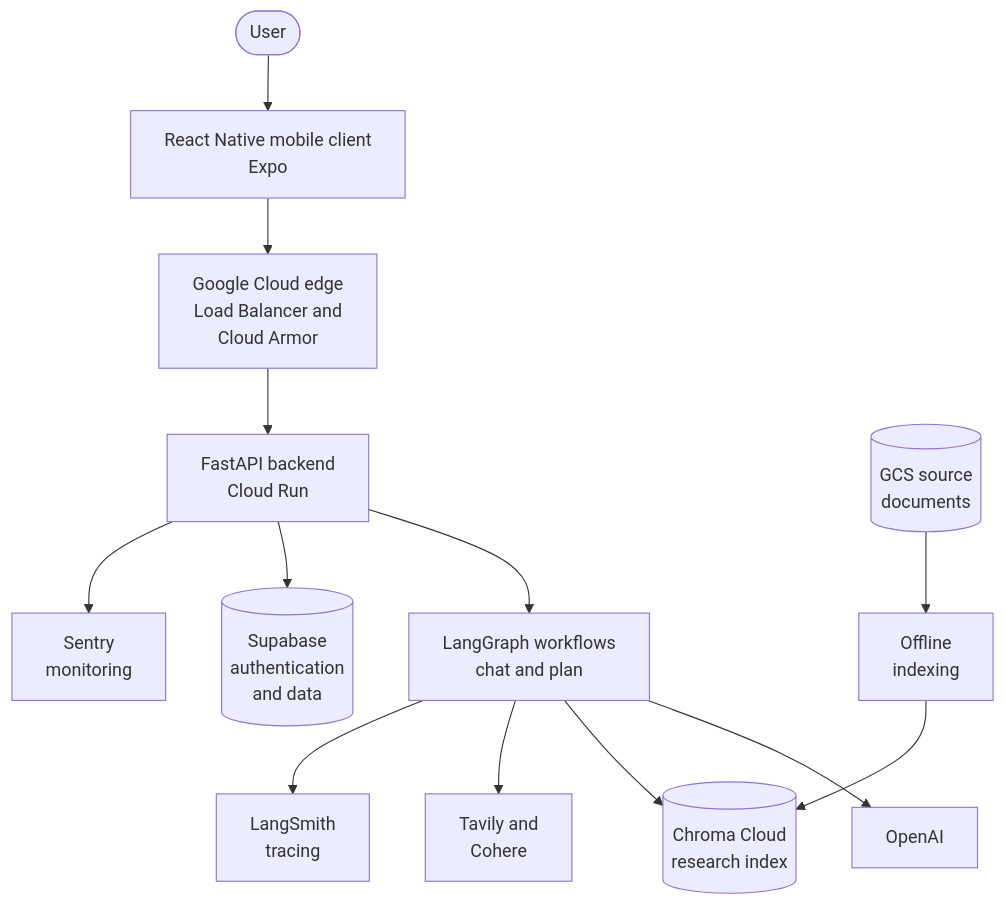
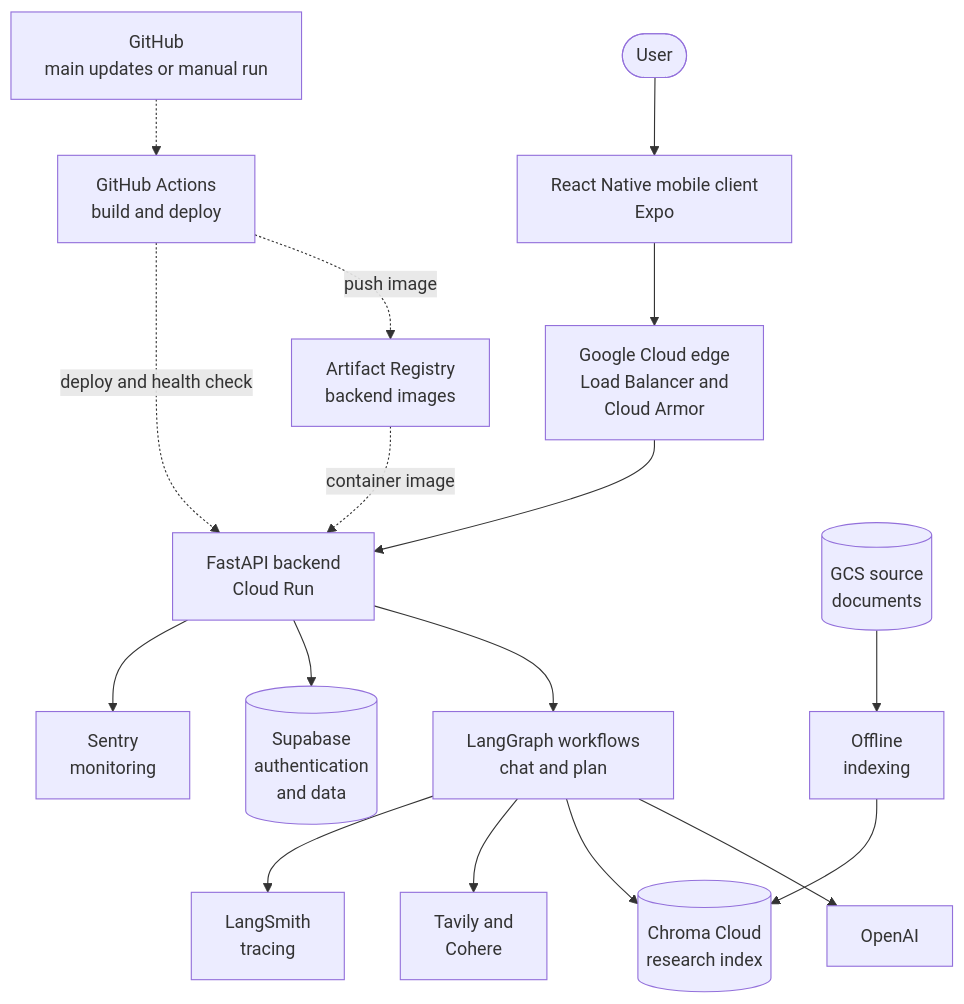
Before and after one commit to xurichard19/strength-and-conditioning-rag: the first of 4 diagrams in README.md, drawn with Mermaid. The commit also changed other lines of this file, not shown here.

Commit message:
Document backend deployment automation
Update the README to describe the GitHub Actions workflow that builds and pushes the backend Docker image to Artifact Registry, deploys it to Cloud Run, and checks the health endpoint. Also add the deployment flow to the infrastructure diagram for main branch updates and manual workflow runs.

````diff
--- a/README.md
+++ b/README.md
@@ -11,15 +13,19 @@
 ```mermaid
 flowchart TB
     User(["User"]) --> FE["React Native mobile client<br/>Expo"]
     FE --> Edge["Google Cloud edge<br/>Load Balancer and<br/>Cloud Armor"]
     Edge --> API["FastAPI backend<br/>Cloud Run"]
+    github["GitHub<br/>main updates or manual run"] -.-> ci["GitHub Actions<br/>build and deploy"]
+    ci -.->|push image| registry["Artifact Registry<br/>backend images"]
+    registry -.->|container image| API
+    ci -.->|deploy and health check| API
     API --> Workflows["LangGraph workflows<br/>chat and plan"]
     API --> Supabase[("Supabase<br/>authentication<br/>and data")]
     API --> Sentry["Sentry<br/>monitoring"]
     Workflows --> OpenAI["OpenAI"]
     Workflows --> Chroma[("Chroma Cloud<br/>research index")]
     Workflows --> SearchServices["Tavily and<br/>Cohere"]
     Workflows --> LangSmith["LangSmith<br/>tracing"]
     Docs[("GCS source<br/>documents")] --> Index["Offline<br/>indexing"]
     Index --> Chroma
 ```
````
